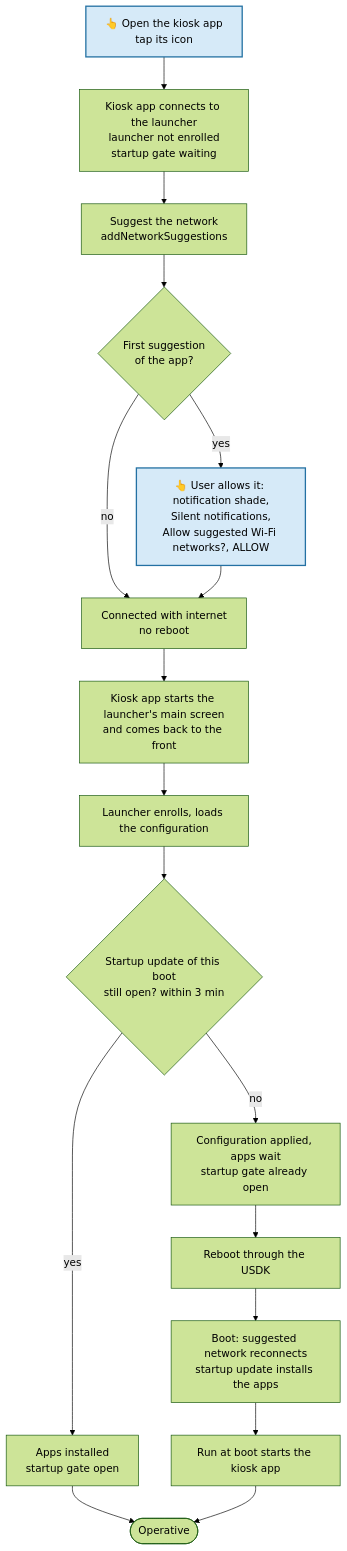
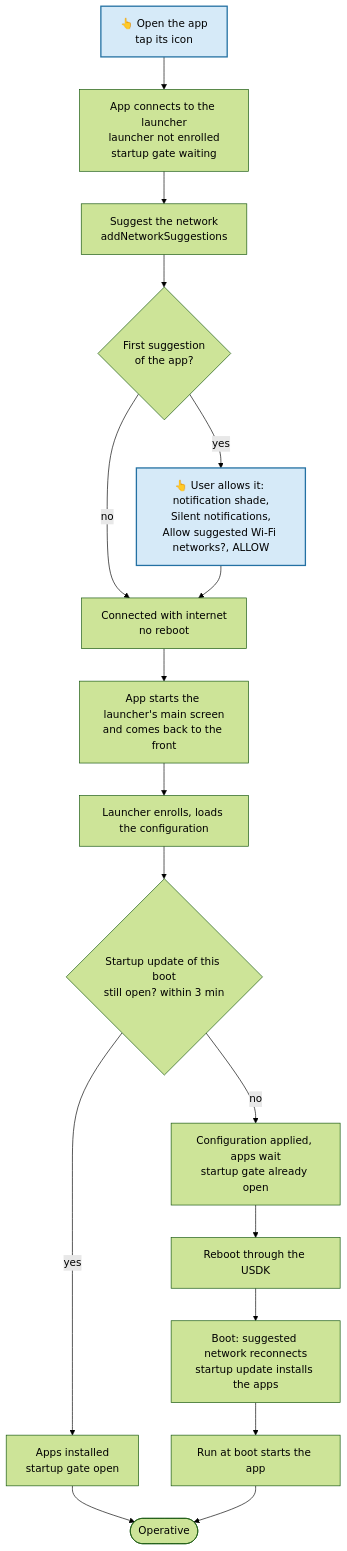
The fourth of 4 diagrams in docs/wifi-setup.md (rch-fw/HmdmChangeDeviceNumber), drawn with Mermaid (forest theme) before and after one commit. The commit also changed other lines of this file and 1 other file, not shown here.

First line of the commit message:
Docs: Ingenico terminals are not in kiosk mode

````diff
--- a/docs/wifi-setup.md
+++ b/docs/wifi-setup.md
@@ -241,21 +243,21 @@
 ```mermaid
 flowchart TD
-    A[👆 Open the kiosk app<br/>tap its icon] --> B[Kiosk app connects to the launcher<br/>launcher not enrolled<br/>startup gate waiting]
+    A[👆 Open the app<br/>tap its icon] --> B[App connects to the launcher<br/>launcher not enrolled<br/>startup gate waiting]
     B --> C[Suggest the network<br/>addNetworkSuggestions]
     C --> D{First suggestion<br/>of the app?}
     D -- yes --> E[👆 User allows it: notification shade,<br/>Silent notifications,<br/>Allow suggested Wi-Fi networks?, ALLOW]
     D -- no --> F
     E --> F[Connected with internet<br/>no reboot]
-    F --> G[Kiosk app starts the launcher's main screen<br/>and comes back to the front]
+    F --> G[App starts the launcher's main screen<br/>and comes back to the front]
     G --> H[Launcher enrolls, loads the configuration]
     H --> I{Startup update of this boot<br/>still open? within 3 min}
     I -- yes --> J[Apps installed<br/>startup gate open]
     J --> P([Operative])
     I -- no --> L[Configuration applied, apps wait<br/>startup gate already open]
     L --> M[Reboot through the USDK]
     M --> N[Boot: suggested network reconnects<br/>startup update installs the apps]
-    N --> O[Run at boot starts the kiosk app]
+    N --> O[Run at boot starts the app]
     O --> P
     classDef user fill:#d6eaf8,stroke:#2471a3,stroke-width:2px,color:#000
     class A,E user
 ```
````
